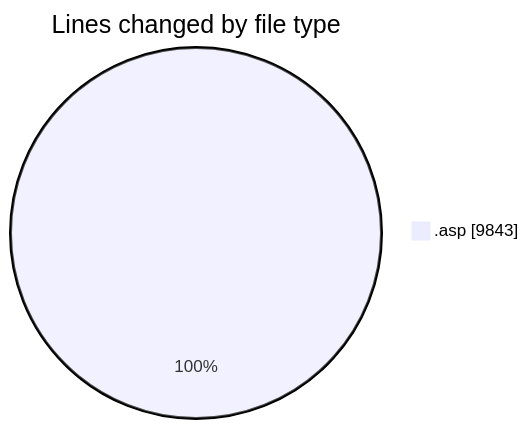
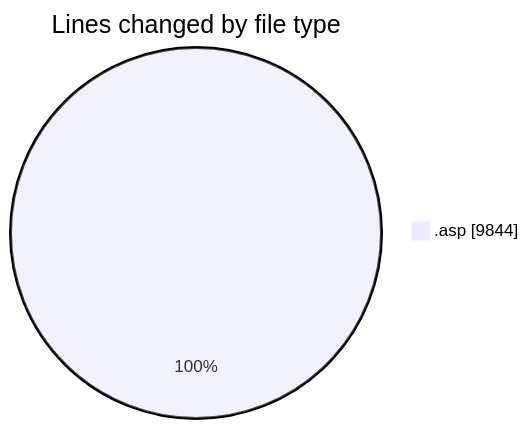
One commit to julien-gomy/code-tracking changed the first of 2 diagrams in 2025-10-30/cdp_aleoudev_fr__workspace_/README.md. Above: the diagram before and after it, drawn with Mermaid. The commit also changed other lines of this file and 1 other file, not shown here.

````diff
--- a/2025-10-30/cdp_aleoudev_fr__workspace_/README.md
+++ b/2025-10-30/cdp_aleoudev_fr__workspace_/README.md
@@ -29,5 +29,5 @@
 ```mermaid
 pie showData
 title Lines changed by file type
-".asp" : 9843
+".asp" : 9844
 ```
````
